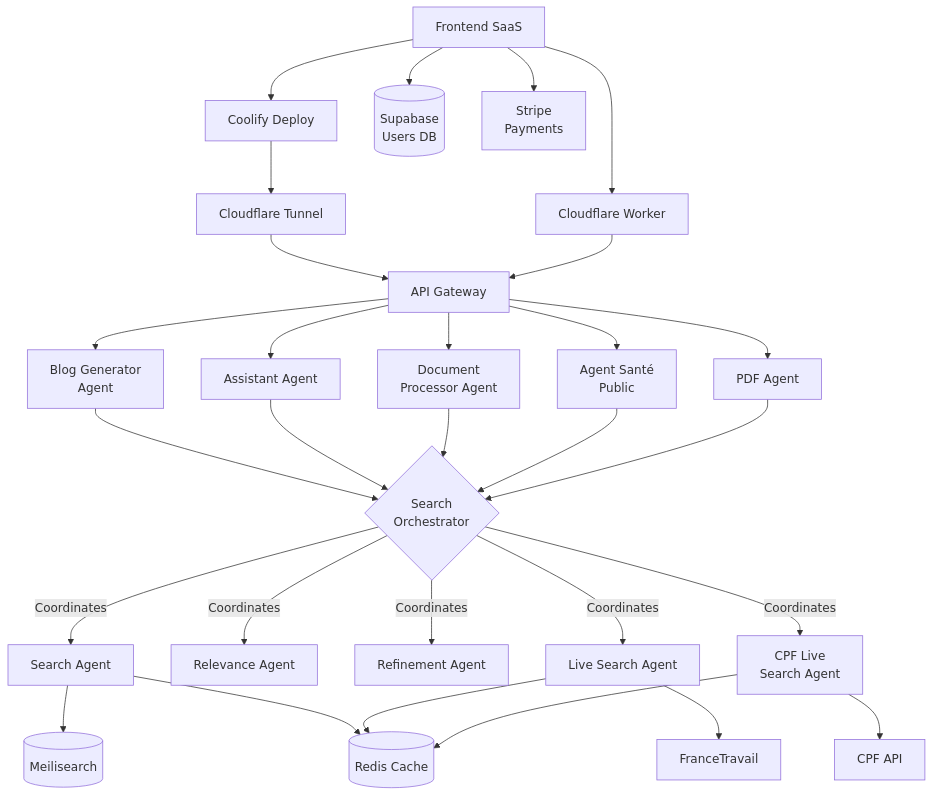
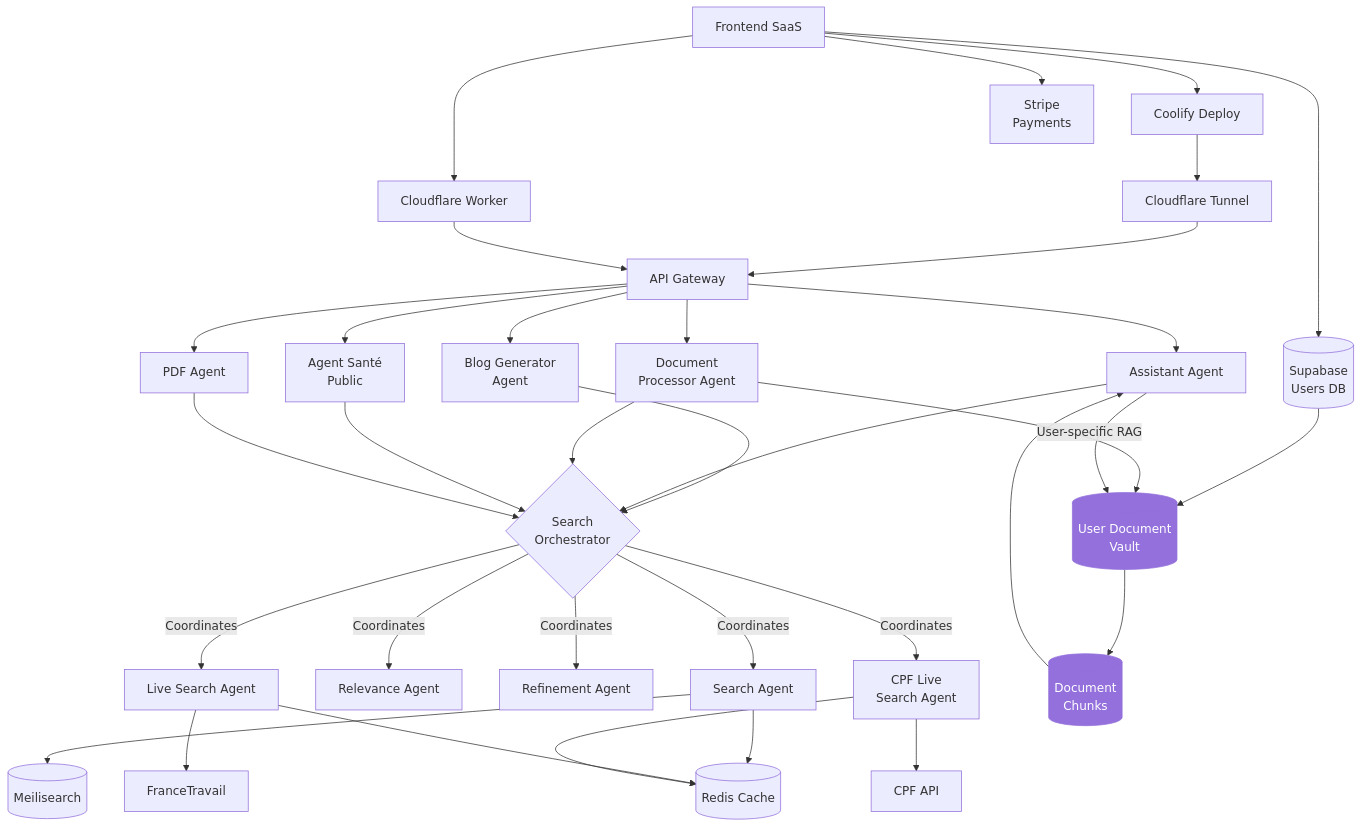
One commit to stranxik/passerelle.cc changed the first of 4 diagrams in README.md. Above: the diagram before and after it, drawn with Mermaid. The commit also changed other lines of this file, not shown here.

````diff
--- a/README.md
+++ b/README.md
@@ -34,6 +34,10 @@
     
     %% External APIs
     CPF[CPF API]
+    
+    %% User Document Vault
+    UserDocumentVault[(User Document<br/>Vault)]
+    DocumentChunks[(Document<br/>Chunks)]
     
     %% Infrastructure Connections
     Frontend --> Coolify
@@ -74,4 +78,15 @@
     SearchAgent --> Redis
     LiveSearchAgent --> Redis
     CPFLiveSearchAgent --> Redis
+    
+    %% User Document RAG Flow
+    Supabase --> UserDocumentVault
+    DocumentProcessor --> UserDocumentVault
+    UserDocumentVault --> DocumentChunks
+    DocumentChunks --> AssistantAgent
+    AssistantAgent --> |User-specific RAG| UserDocumentVault
+    
+    %% Styling
+    classDef userRag fill:#9370DB,stroke:#9370DB,color:#fff
+    class UserDocumentVault,DocumentChunks userRag
 ```
````
